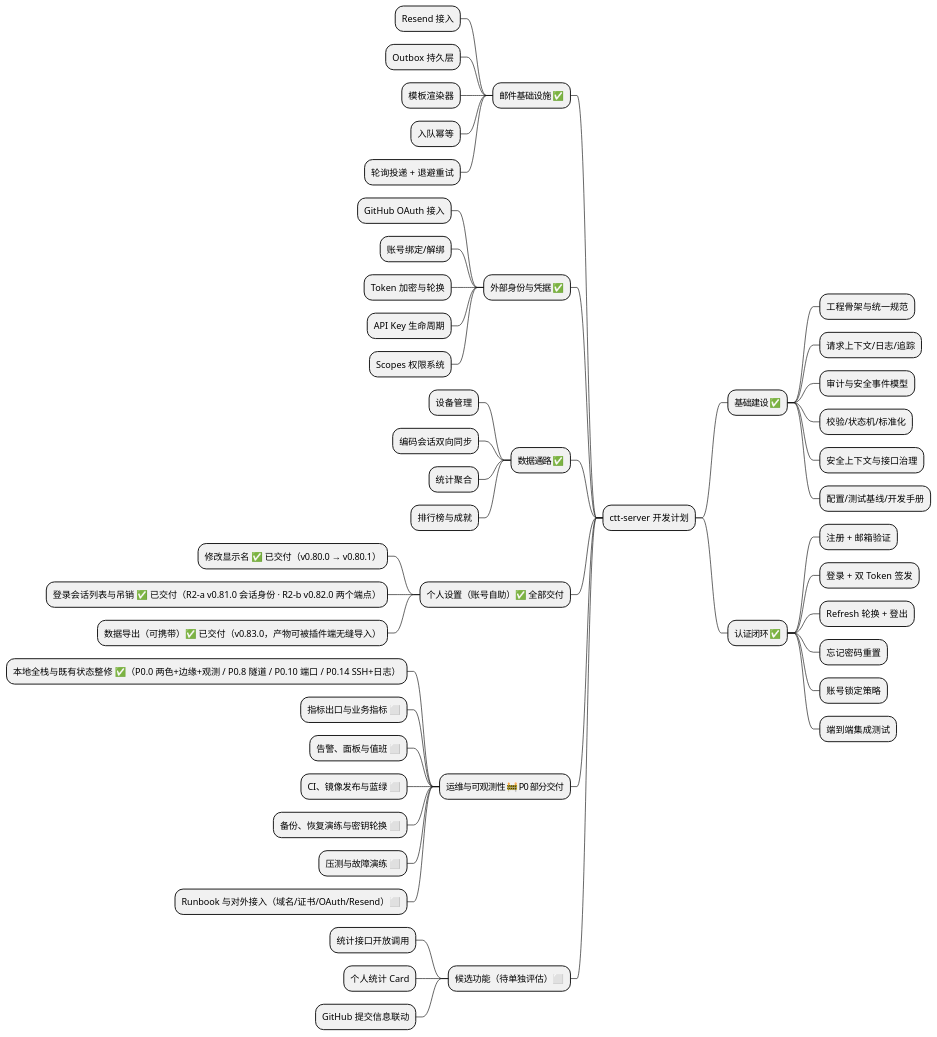
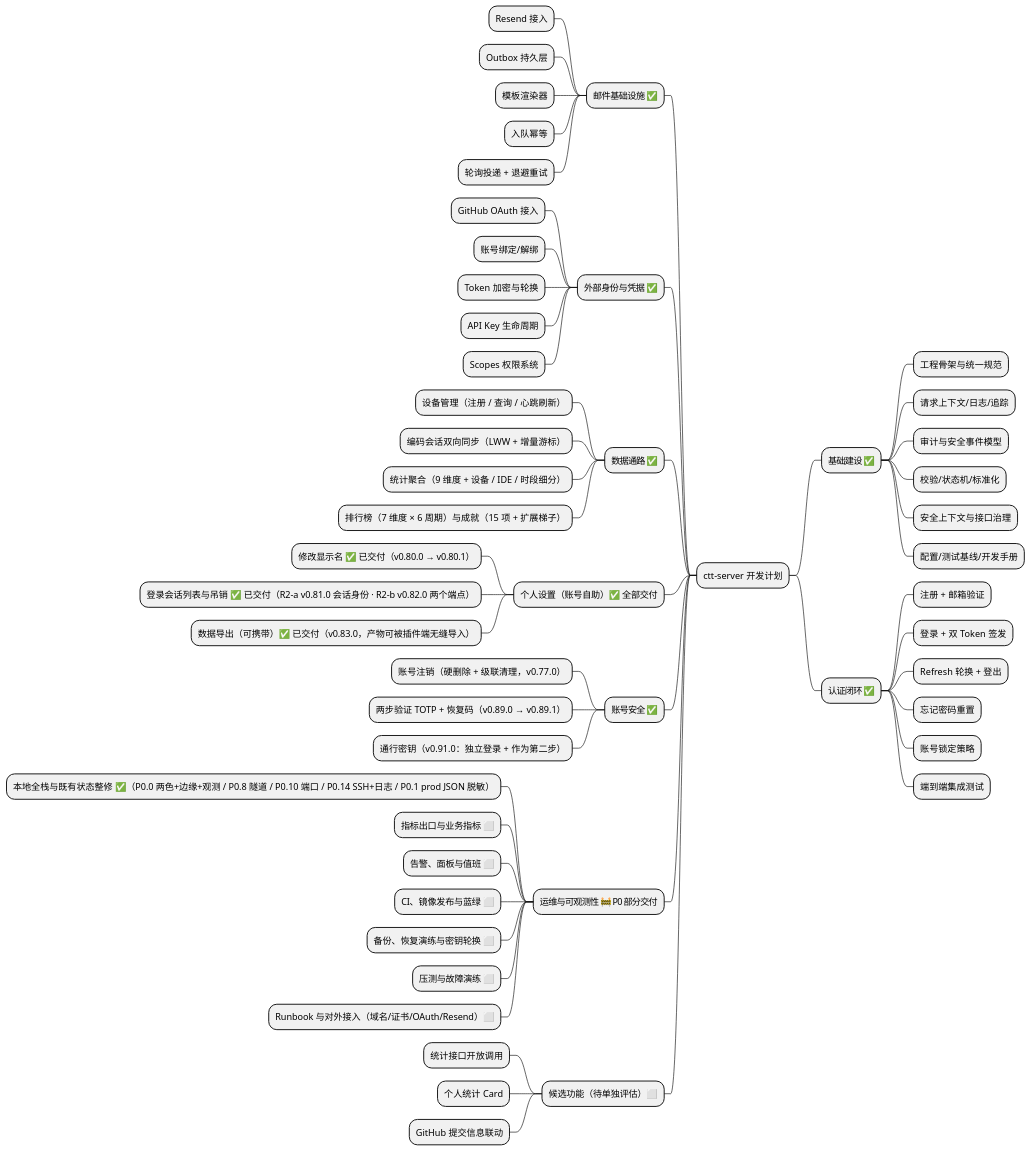
Before and after one commit to AhogeK/ctt-server: the first of 9 diagrams in .plans/ctt-server-development-plan.md, drawn with PlantUML. The commit also changed other lines of this file, not shown here.

````diff
--- a/.plans/ctt-server-development-plan.md
+++ b/.plans/ctt-server-development-plan.md
@@ -13,54 +33,58 @@
 ```plantuml
 @startmindmap
 * ctt-server 开发计划
 ** 基础建设 ✅
 *** 工程骨架与统一规范
 *** 请求上下文/日志/追踪
 *** 审计与安全事件模型
 *** 校验/状态机/标准化
 *** 安全上下文与接口治理
 *** 配置/测试基线/开发手册
 ** 认证闭环 ✅
 *** 注册 + 邮箱验证
 *** 登录 + 双 Token 签发
 *** Refresh 轮换 + 登出
 *** 忘记密码重置
 *** 账号锁定策略
 *** 端到端集成测试
 
 left side
 ** 邮件基础设施 ✅
 *** Resend 接入
 *** Outbox 持久层
 *** 模板渲染器
 *** 入队幂等
 *** 轮询投递 + 退避重试
 ** 外部身份与凭据 ✅
 *** GitHub OAuth 接入
 *** 账号绑定/解绑
 *** Token 加密与轮换
 *** API Key 生命周期
 *** Scopes 权限系统
 ** 数据通路 ✅
-*** 设备管理
-*** 编码会话双向同步
-*** 统计聚合
-*** 排行榜与成就
+*** 设备管理（注册 / 查询 / 心跳刷新）
+*** 编码会话双向同步（LWW + 增量游标）
+*** 统计聚合（9 维度 + 设备 / IDE / 时段细分）
+*** 排行榜（7 维度 × 6 周期）与成就（15 项 + 扩展梯子）
 ** 个人设置（账号自助）✅ 全部交付
 *** 修改显示名 ✅ 已交付（v0.80.0 → v0.80.1）
 *** 登录会话列表与吊销 ✅ 已交付（R2-a v0.81.0 会话身份 · R2-b v0.82.0 两个端点）
 *** 数据导出（可携带）✅ 已交付（v0.83.0，产物可被插件端无缝导入）
+** 账号安全 ✅
+*** 账号注销（硬删除 + 级联清理，v0.77.0）
+*** 两步验证 TOTP + 恢复码（v0.89.0 → v0.89.1）
+*** 通行密钥（v0.91.0：独立登录 + 作为第二步）
 ** 运维与可观测性 🚧 P0 部分交付
-*** 本地全栈与既有状态整修 ✅（P0.0 两色+边缘+观测 / P0.8 隧道 / P0.10 端口 / P0.14 SSH+日志）
+*** 本地全栈与既有状态整修 ✅（P0.0 两色+边缘+观测 / P0.8 隧道 / P0.10 端口 / P0.14 SSH+日志 / P0.1 prod JSON 脱敏）
 *** 指标出口与业务指标 ⬜
 *** 告警、面板与值班 ⬜
 *** CI、镜像发布与蓝绿 ⬜
 *** 备份、恢复演练与密钥轮换 ⬜
 *** 压测与故障演练 ⬜
 *** Runbook 与对外接入（域名/证书/OAuth/Resend）⬜
 ** 候选功能（待单独评估）⬜
 *** 统计接口开放调用
 *** 个人统计 Card
 *** GitHub 提交信息联动
 @endmindmap
 ```
````
